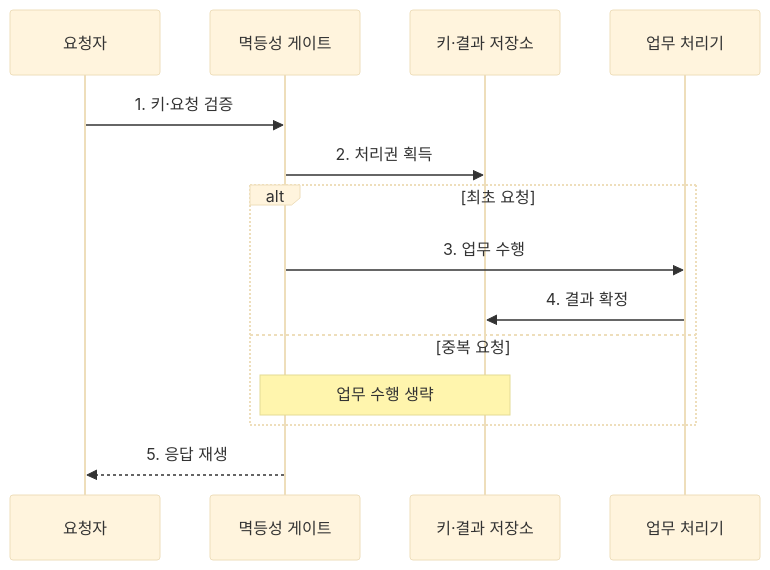
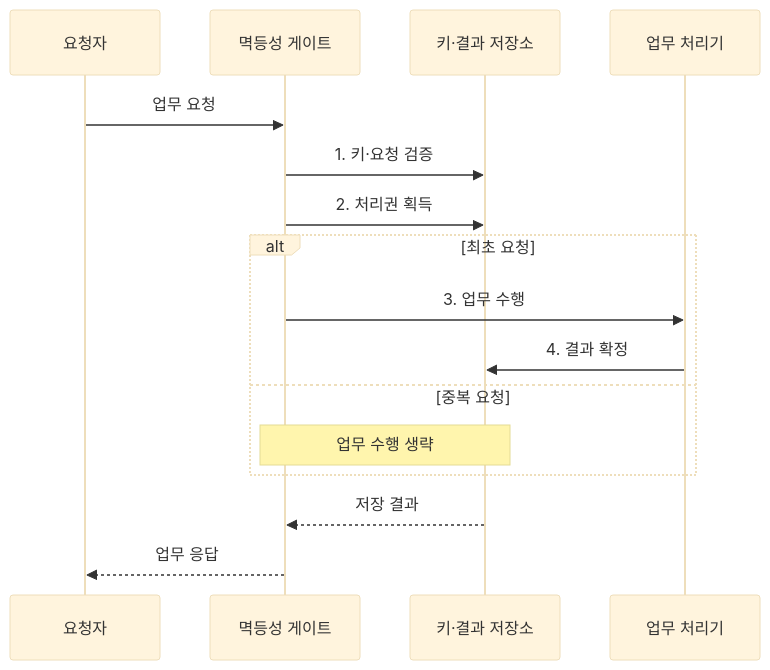
Before and after one commit to agnusdei1207/knowledge-base: the second of 2 diagrams in src/content/docs/notes/03-software/201_idempotency_design.md, drawn with Mermaid (base theme). The commit also changed other lines of this file and 20 other files, not shown here.

````diff
--- a/src/content/docs/notes/03-software/201_idempotency_design.md
+++ b/src/content/docs/notes/03-software/201_idempotency_design.md
@@ -85,16 +87,18 @@
 ```mermaid
 sequenceDiagram
     participant C as 요청자
     participant G as 멱등성 게이트
     participant S as 키·결과 저장소
     participant B as 업무 처리기
-    C->>G: 1. 키·요청 검증
+    C->>G: 업무 요청
+    G->>S: 1. 키·요청 검증
     G->>S: 2. 처리권 획득
     alt 최초 요청
         G->>B: 3. 업무 수행
         B->>S: 4. 결과 확정
     else 중복 요청
         Note over G,S: 업무 수행 생략
     end
-    G-->>C: 5. 응답 재생
+    S-->>G: 저장 결과
+    G-->>C: 업무 응답
 ```
````
